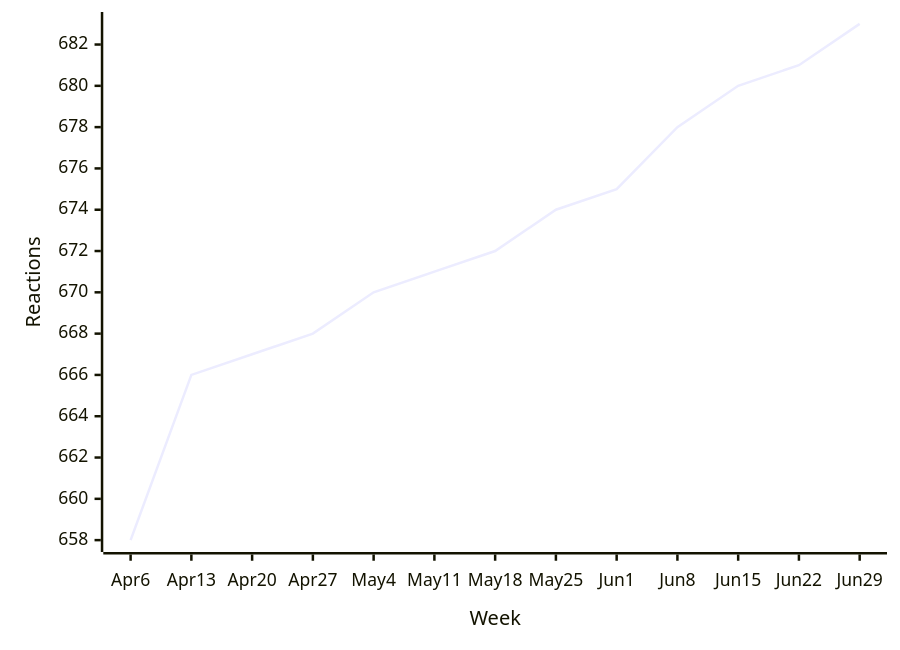
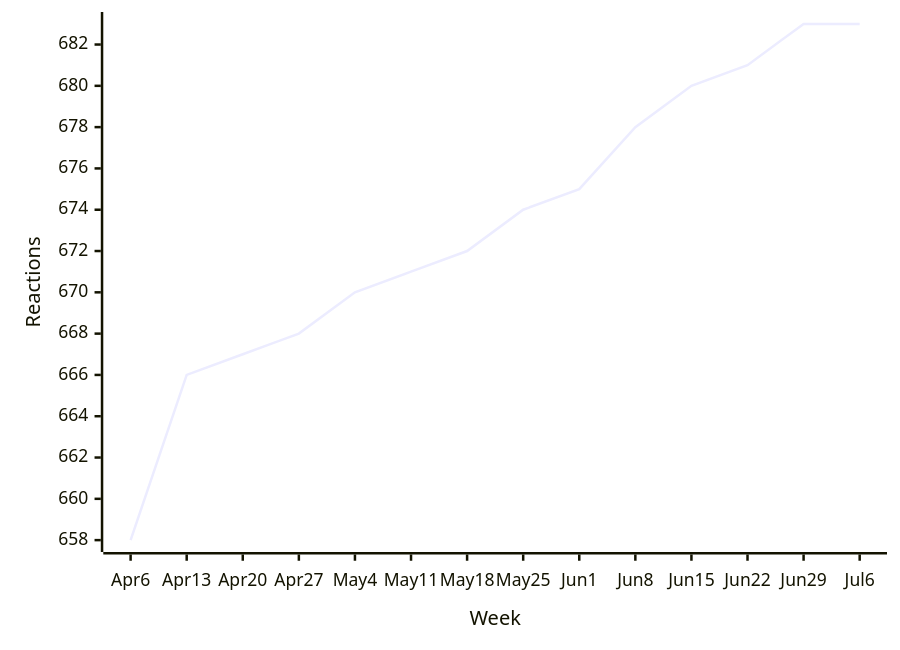
Before and after one commit to loic-sharma/github-insights: the fourth of 48 diagrams in README.md, drawn with Mermaid. The commit also changed other lines of this file and 3 other files, not shown here.

````diff
--- a/README.md
+++ b/README.md
@@ -390,6 +390,6 @@
   ```mermaid
   xychart-beta
-    x-axis "Week" [Apr 6, Apr 13, Apr 20, Apr 27, May 4, May 11, May 18, May 25, Jun 1, Jun 8, Jun 15, Jun 22, Jun 29]
+    x-axis "Week" [Apr 6, Apr 13, Apr 20, Apr 27, May 4, May 11, May 18, May 25, Jun 1, Jun 8, Jun 15, Jun 22, Jun 29, Jul 6]
     y-axis "Reactions"
-    line [658, 666, 667, 668, 670, 671, 672, 674, 675, 678, 680, 681, 683]
+    line [658, 666, 667, 668, 670, 671, 672, 674, 675, 678, 680, 681, 683, 683]
   ```
````
